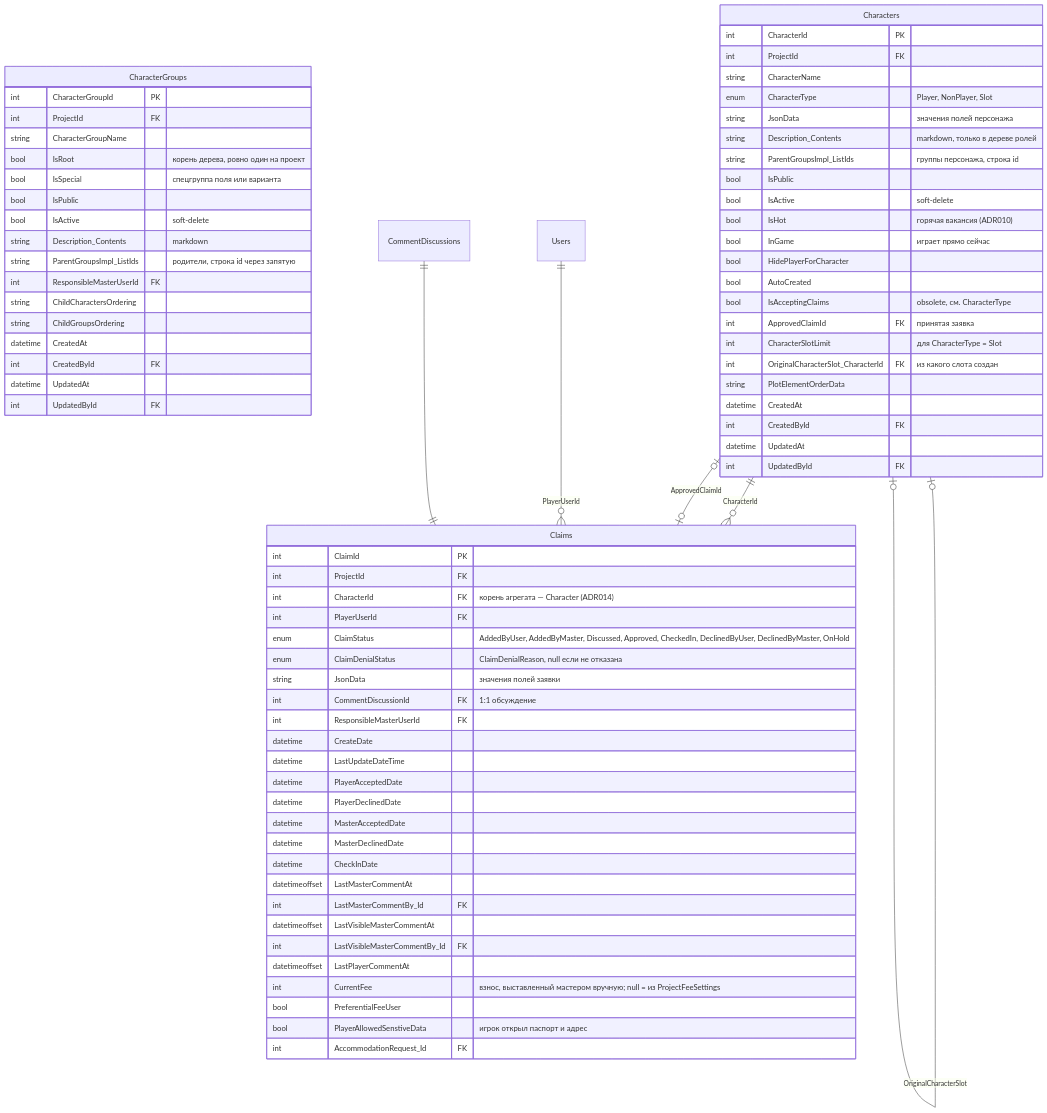
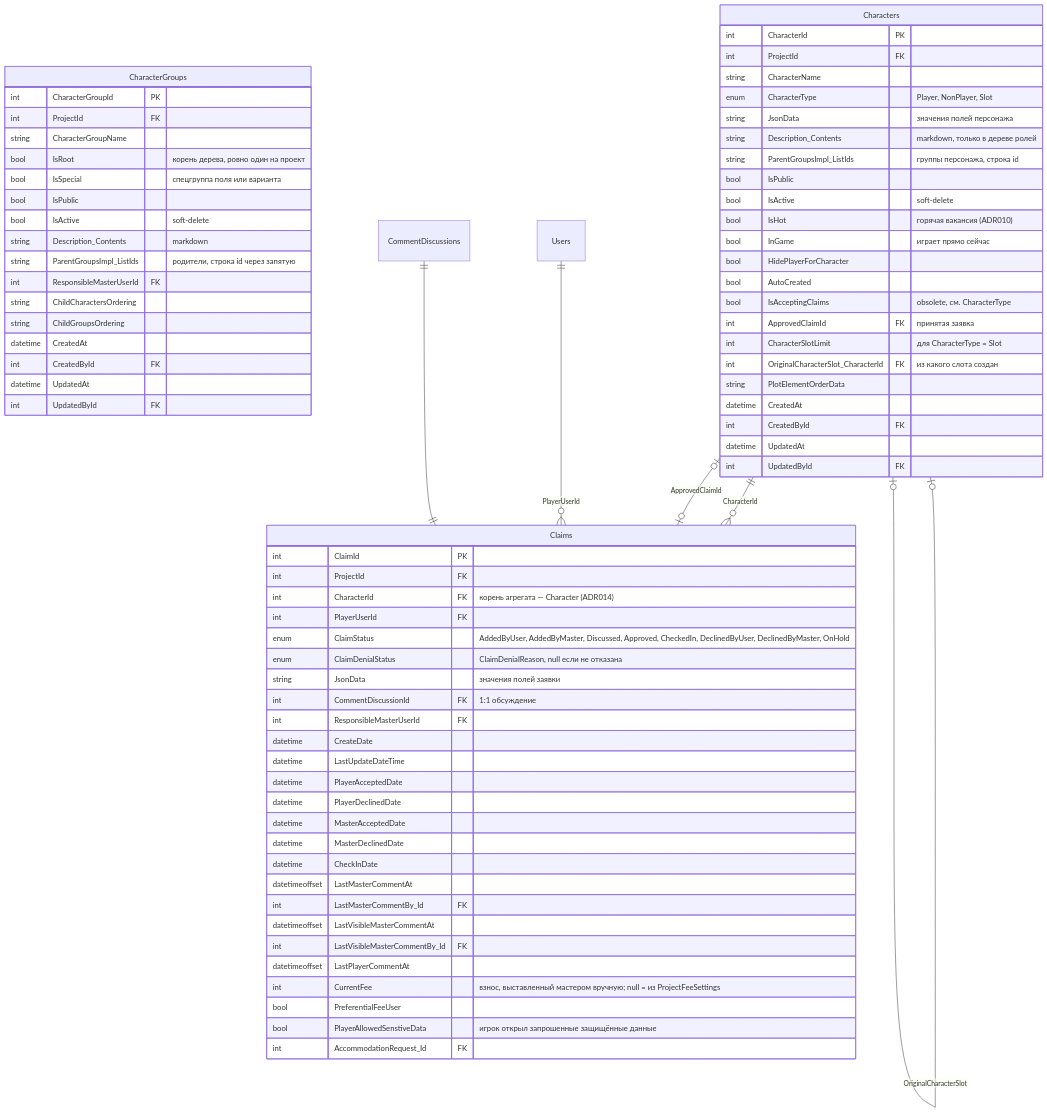
The fourth of 11 diagrams in docs/db-schema.md (joinrpg/joinrpg-net), drawn with Mermaid before and after one commit. The commit also changed 16 other files, not shown here.

````diff
--- a/docs/db-schema.md
+++ b/docs/db-schema.md
@@ -302,80 +302,80 @@
 ```mermaid
 erDiagram
     CharacterGroups {
         int CharacterGroupId PK
         int ProjectId FK
         string CharacterGroupName
         bool IsRoot "корень дерева, ровно один на проект"
         bool IsSpecial "спецгруппа поля или варианта"
         bool IsPublic
         bool IsActive "soft-delete"
         string Description_Contents "markdown"
         string ParentGroupsImpl_ListIds "родители, строка id через запятую"
         int ResponsibleMasterUserId FK
         string ChildCharactersOrdering
         string ChildGroupsOrdering
         datetime CreatedAt
         int CreatedById FK
         datetime UpdatedAt
         int UpdatedById FK
     }
 
     Characters {
         int CharacterId PK
         int ProjectId FK
         string CharacterName
         enum CharacterType "Player, NonPlayer, Slot"
         string JsonData "значения полей персонажа"
         string Description_Contents "markdown, только в дереве ролей"
         string ParentGroupsImpl_ListIds "группы персонажа, строка id"
         bool IsPublic
         bool IsActive "soft-delete"
         bool IsHot "горячая вакансия (ADR010)"
         bool InGame "играет прямо сейчас"
         bool HidePlayerForCharacter
         bool AutoCreated
         bool IsAcceptingClaims "obsolete, см. CharacterType"
         int ApprovedClaimId FK "принятая заявка"
         int CharacterSlotLimit "для CharacterType = Slot"
         int OriginalCharacterSlot_CharacterId FK "из какого слота создан"
         string PlotElementOrderData
         datetime CreatedAt
         int CreatedById FK
         datetime UpdatedAt
         int UpdatedById FK
     }
 
     Claims {
         int ClaimId PK
         int ProjectId FK
         int CharacterId FK "корень агрегата — Character (ADR014)"
         int PlayerUserId FK
         enum ClaimStatus "AddedByUser, AddedByMaster, Discussed, Approved, CheckedIn, DeclinedByUser, DeclinedByMaster, OnHold"
         enum ClaimDenialStatus "ClaimDenialReason, null если не отказана"
         string JsonData "значения полей заявки"
         int CommentDiscussionId FK "1:1 обсуждение"
         int ResponsibleMasterUserId FK
         datetime CreateDate
         datetime LastUpdateDateTime
         datetime PlayerAcceptedDate
         datetime PlayerDeclinedDate
         datetime MasterAcceptedDate
         datetime MasterDeclinedDate
         datetime CheckInDate
         datetimeoffset LastMasterCommentAt
         int LastMasterCommentBy_Id FK
         datetimeoffset LastVisibleMasterCommentAt
         int LastVisibleMasterCommentBy_Id FK
         datetimeoffset LastPlayerCommentAt
         int CurrentFee "взнос, выставленный мастером вручную; null = из ProjectFeeSettings"
         bool PreferentialFeeUser
-        bool PlayerAllowedSenstiveData "игрок открыл паспорт и адрес"
+        bool PlayerAllowedSenstiveData "игрок открыл запрошенные защищённые данные"
         int AccommodationRequest_Id FK
     }
 
     Characters ||--o{ Claims : "CharacterId"
     Characters |o--o| Claims : "ApprovedClaimId"
     Characters |o--o| Characters : "OriginalCharacterSlot"
     Users ||--o{ Claims : "PlayerUserId"
     CommentDiscussions ||--|| Claims : ""
 ```
````
